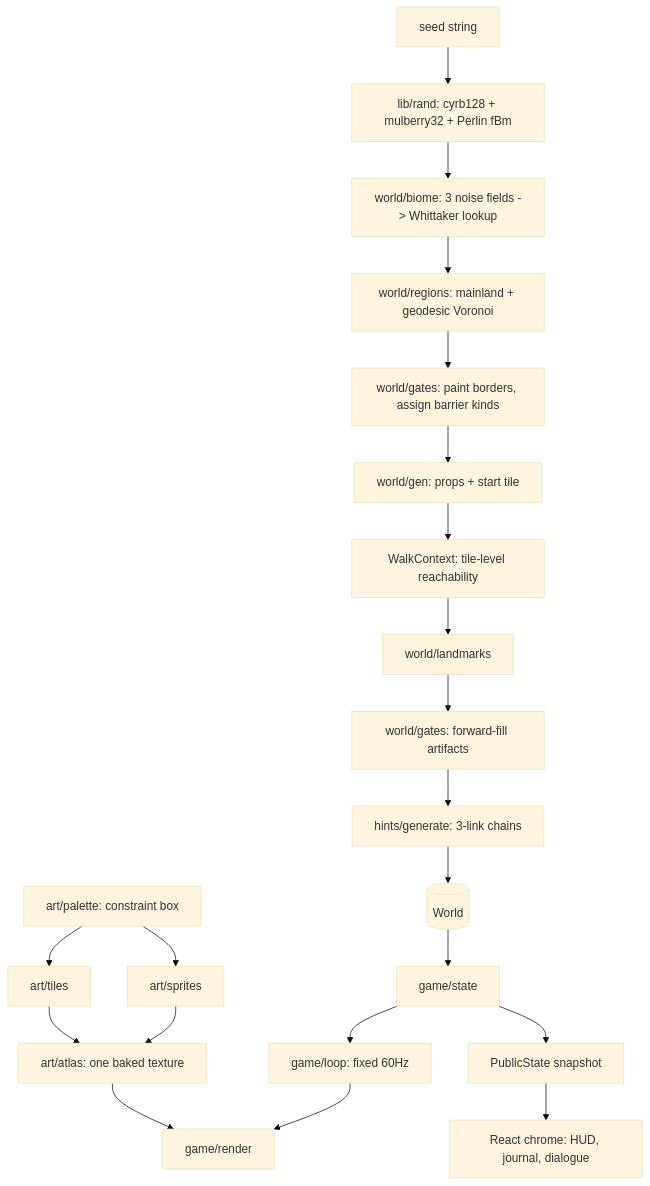
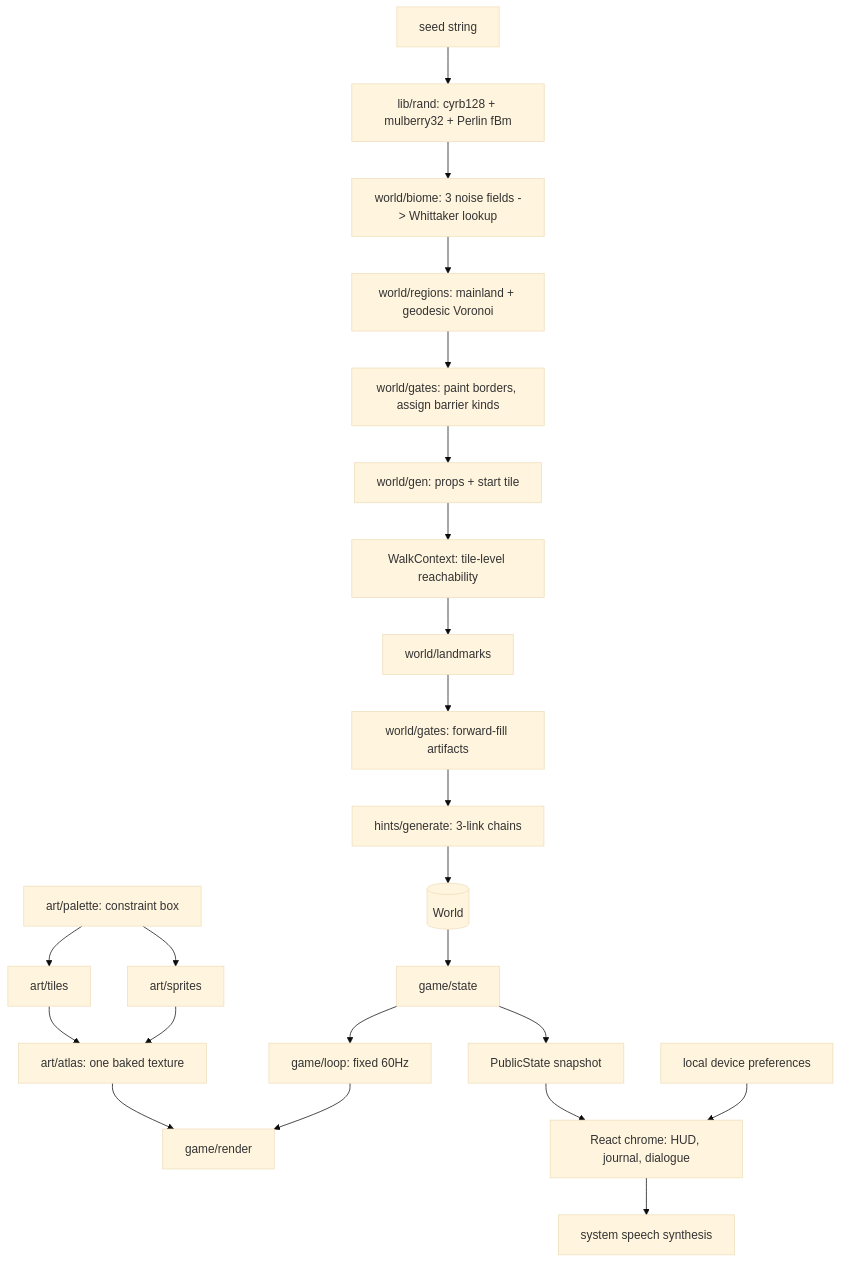
One commit to erichstauffer/open-range changed the diagram in architecture.md. Above: the diagram before and after it, drawn with Mermaid (base theme). The commit also changed other lines of this file and 17 other files, not shown here.

````diff
--- a/architecture.md
+++ b/architecture.md
@@ -21,25 +21,27 @@
 ```mermaid
 flowchart TB
     SEED[seed string] --> RAND[lib/rand: cyrb128 + mulberry32 + Perlin fBm]
     RAND --> TERRAIN[world/biome: 3 noise fields -> Whittaker lookup]
     TERRAIN --> REGIONS[world/regions: mainland + geodesic Voronoi]
     REGIONS --> GATES[world/gates: paint borders, assign barrier kinds]
     GATES --> PROPS[world/gen: props + start tile]
     PROPS --> WALK[WalkContext: tile-level reachability]
     WALK --> LANDMARKS[world/landmarks]
     LANDMARKS --> FILL[world/gates: forward-fill artifacts]
     FILL --> HINTS[hints/generate: 3-link chains]
     HINTS --> WORLD[(World)]
 
     PALETTE[art/palette: constraint box] --> TILES[art/tiles]
     PALETTE --> SPRITES[art/sprites]
     TILES --> ATLAS[art/atlas: one baked texture]
     SPRITES --> ATLAS
 
     WORLD --> STATE[game/state]
     ATLAS --> RENDER[game/render]
     STATE --> LOOP[game/loop: fixed 60Hz]
     LOOP --> RENDER
     STATE --> SNAP[PublicState snapshot]
     SNAP --> REACT[React chrome: HUD, journal, dialogue]
+    PREFS[local device preferences] --> REACT
+    REACT --> SPEECH[system speech synthesis]
 ```
````
